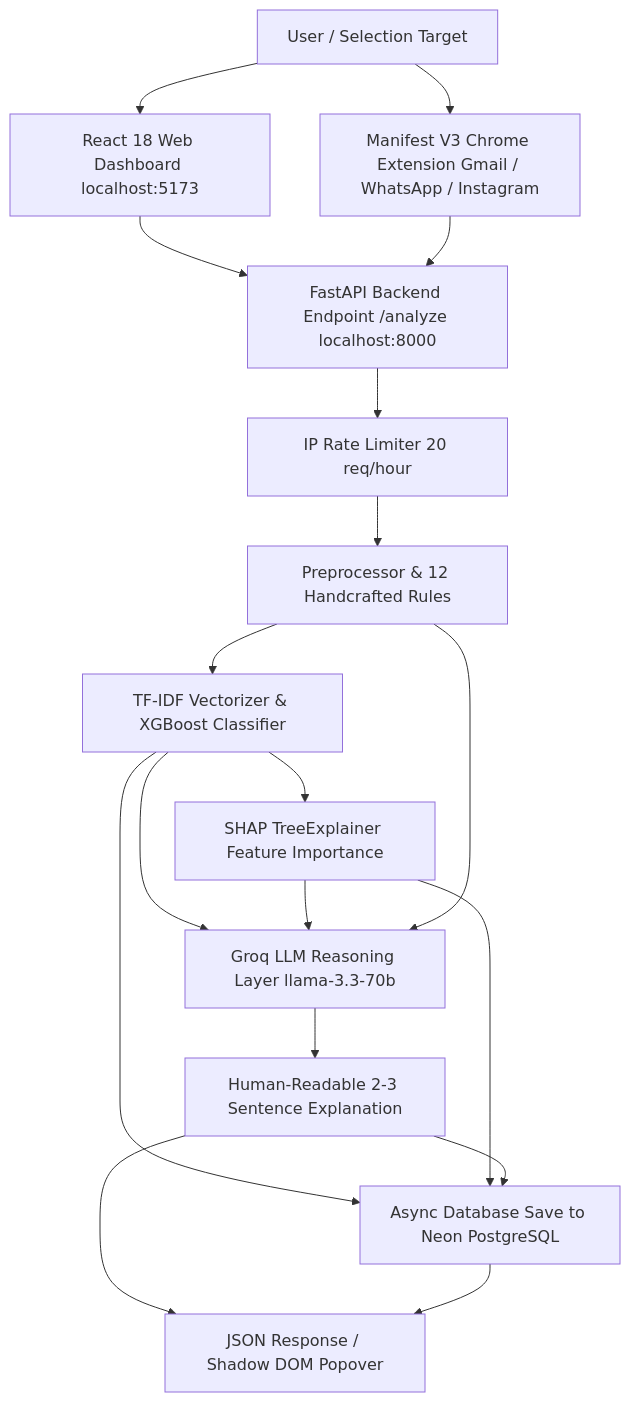
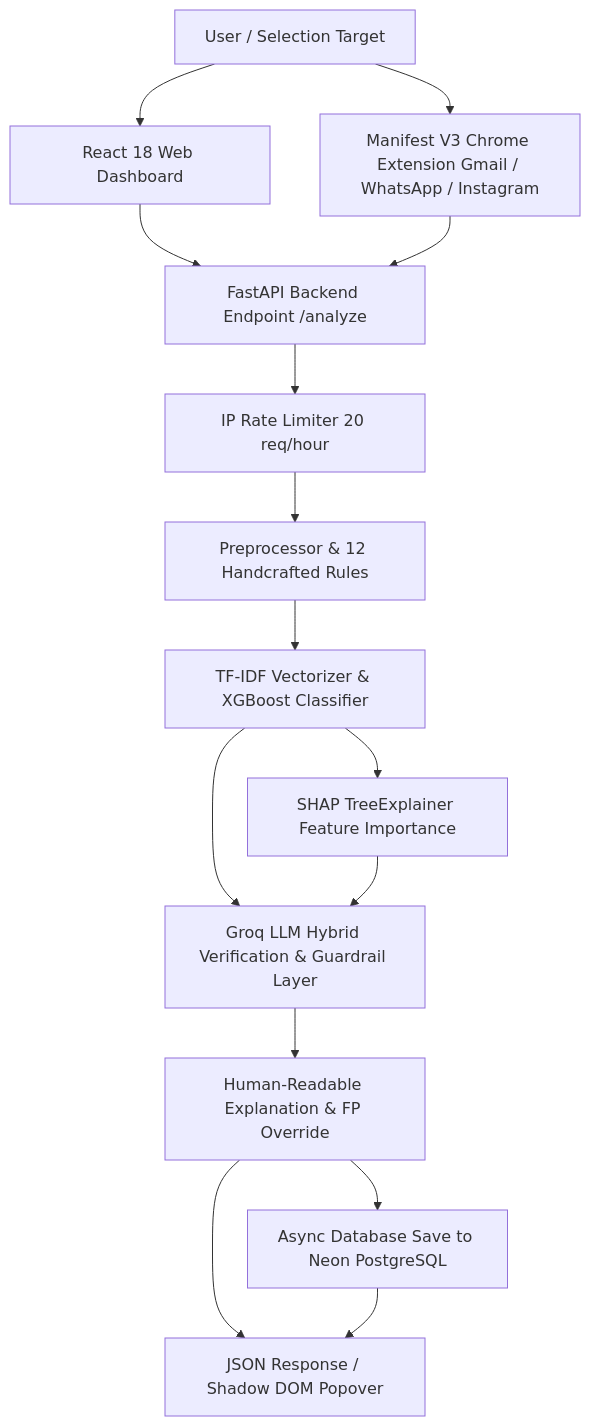
One commit to Vijajraj/AI-Driven-Social-Engineering-Detection changed the diagram in README.md. Above: the diagram before and after it, drawn with Mermaid. The commit also changed other lines of this file, not shown here.

Commit message:
docs: update README.md with live deployment links, hybrid verification details, and new branding

````diff
--- a/README.md
+++ b/README.md
@@ -11,14 +18,14 @@
 ```mermaid
 graph TD
-    User[User / Selection Target] --> Web[React 18 Web Dashboard localhost:5173]
+    User[User / Selection Target] --> Web[React 18 Web Dashboard]
     User --> Ext[Manifest V3 Chrome Extension Gmail / WhatsApp / Instagram]
-    Web & Ext --> API[FastAPI Backend Endpoint /analyze localhost:8000]
+    Web & Ext --> API[FastAPI Backend Endpoint /analyze]
     API --> RateLimit[IP Rate Limiter 20 req/hour]
     RateLimit --> Pre[Preprocessor & 12 Handcrafted Rules]
     Pre --> ML[TF-IDF Vectorizer & XGBoost Classifier]
     ML --> SHAP[SHAP TreeExplainer Feature Importance]
-    ML & SHAP & Pre --> Groq[Groq LLM Reasoning Layer llama-3.3-70b]
-    Groq --> Explanation[Human-Readable 2-3 Sentence Explanation]
-    ML & SHAP & Explanation --> Neon[Async Database Save to Neon PostgreSQL]
+    ML & SHAP --> Groq[Groq LLM Hybrid Verification & Guardrail Layer]
+    Groq --> Explanation[Human-Readable Explanation & FP Override]
+    Explanation --> Neon[Async Database Save to Neon PostgreSQL]
     Explanation & Neon --> Response[JSON Response / Shadow DOM Popover]
 ```
````
